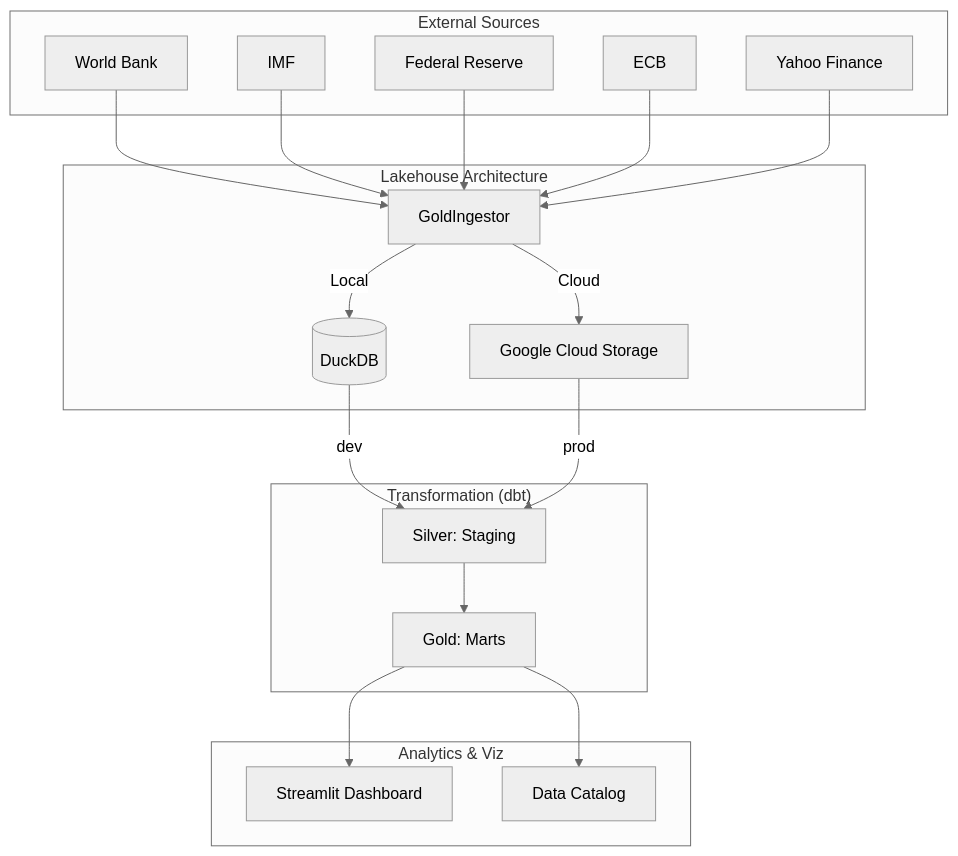
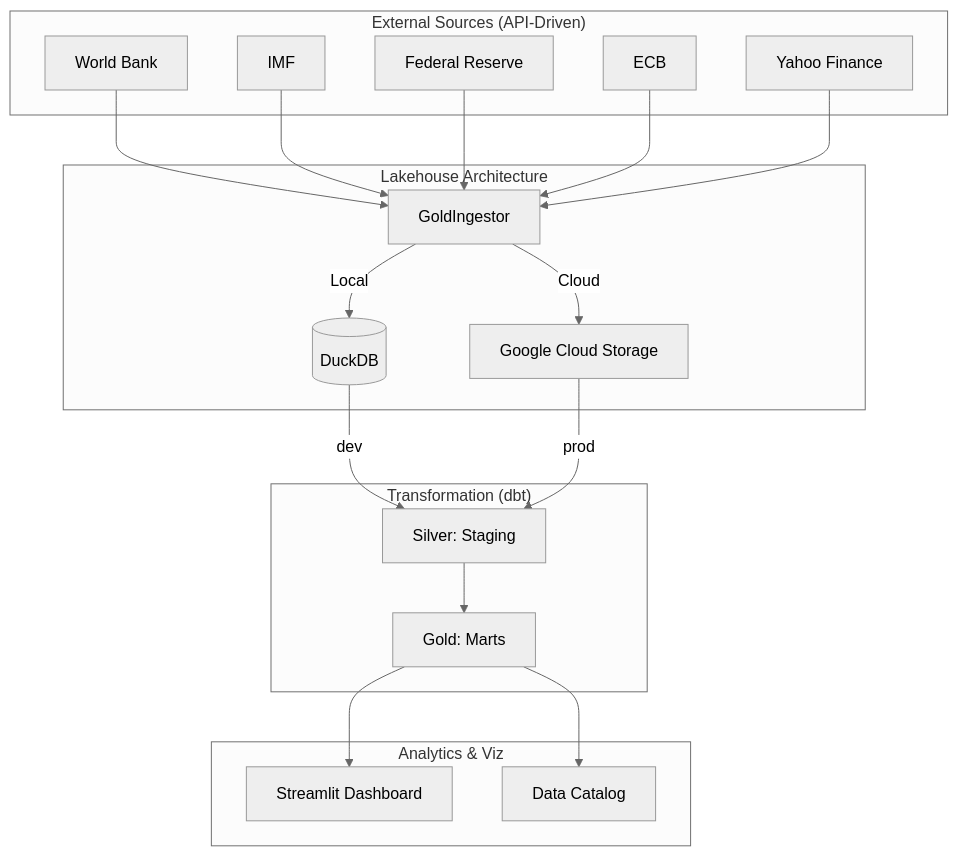
The diagram in README.md (flo-kaiser/data_engineering_project), drawn with Mermaid (neutral theme) before and after one commit. The commit also changed other lines of this file, not shown here.

````diff
--- a/README.md
+++ b/README.md
@@ -14,28 +33,28 @@
 ```mermaid
 graph TD
-    subgraph "External Sources"
+    subgraph "External Sources (API-Driven)"
         WB[World Bank]
         IMF[IMF]
         FED[Federal Reserve]
         ECB[ECB]
         YF[Yahoo Finance]
     end
 
     subgraph "Lakehouse Architecture"
         IM[GoldIngestor] -- Local --> DB[(DuckDB)]
         IM -- Cloud --> GCS[Google Cloud Storage]
     end
 
     subgraph "Transformation (dbt)"
         DB -- dev --> STG[Silver: Staging]
         GCS -- prod --> STG
         STG --> GOLD[Gold: Marts]
     end
 
     subgraph "Analytics & Viz"
         GOLD --> SL[Streamlit Dashboard]
         GOLD --> DBT_DOCS[Data Catalog]
     end
 
     WB & IMF & FED & ECB & YF --> IM
 ```
````
